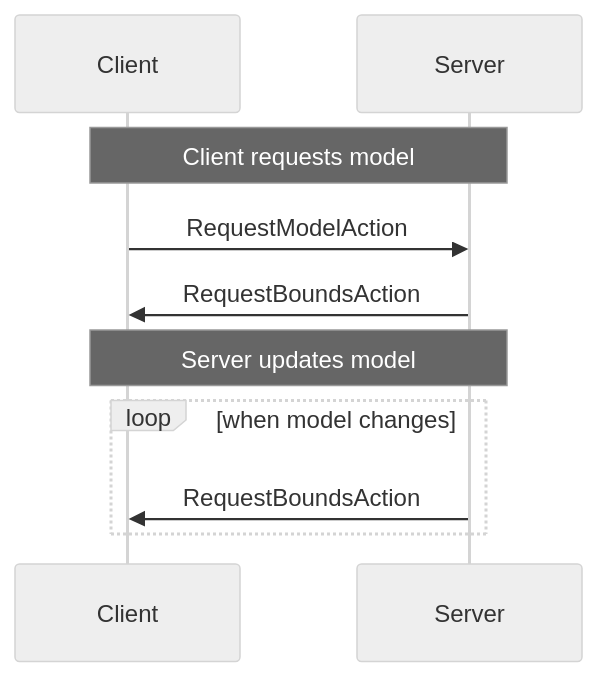
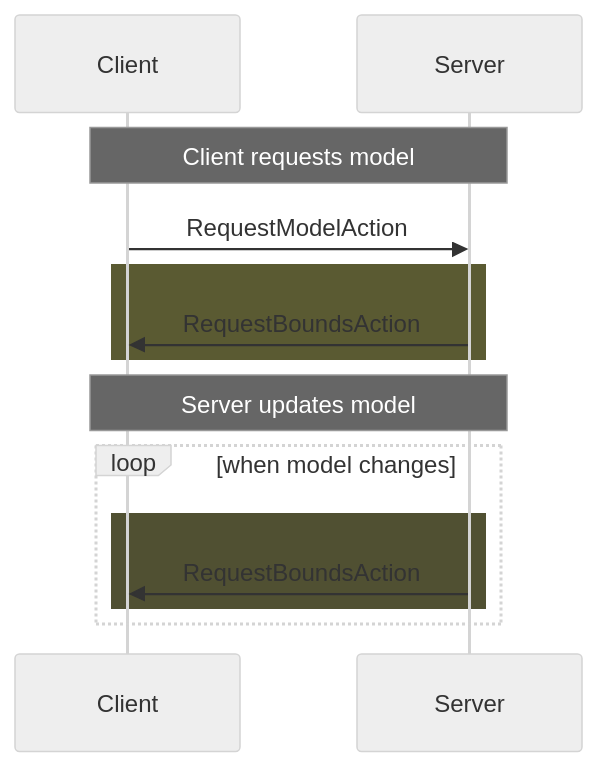
The second of 3 diagrams in hugo/content/docs/actions_and_protocols.md (eclipse-sprotty/sprotty-website), drawn with Mermaid (neutral theme) before and after one commit. The commit also changed other lines of this file, not shown here.

Commit message:
review changes; highlight differences between similiar diagrams

```diff
--- a/hugo/content/docs/actions_and_protocols.md
+++ b/hugo/content/docs/actions_and_protocols.md
@@ -63,12 +63,16 @@
 {{< mermaid class="text-center">}}
 sequenceDiagram
 participant C as Client
 participant S as Server
 Note over C,S: Client requests model
 C->>S: RequestModelAction
-S->>C: RequestBoundsAction
+rect rgb(90, 90, 50)
+    S->>C: RequestBoundsAction
+end
 Note over C,S: Server updates model
 loop when model changes
-    S->>C: RequestBoundsAction
+    rect rgb(80, 80, 50)
+        S->>C: RequestBoundsAction
+    end
 end
 {{< /mermaid>}}
```
